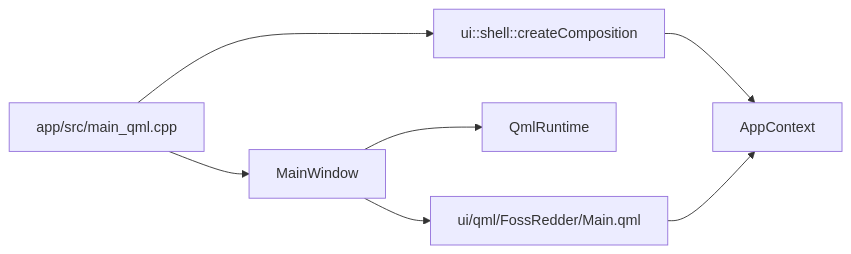
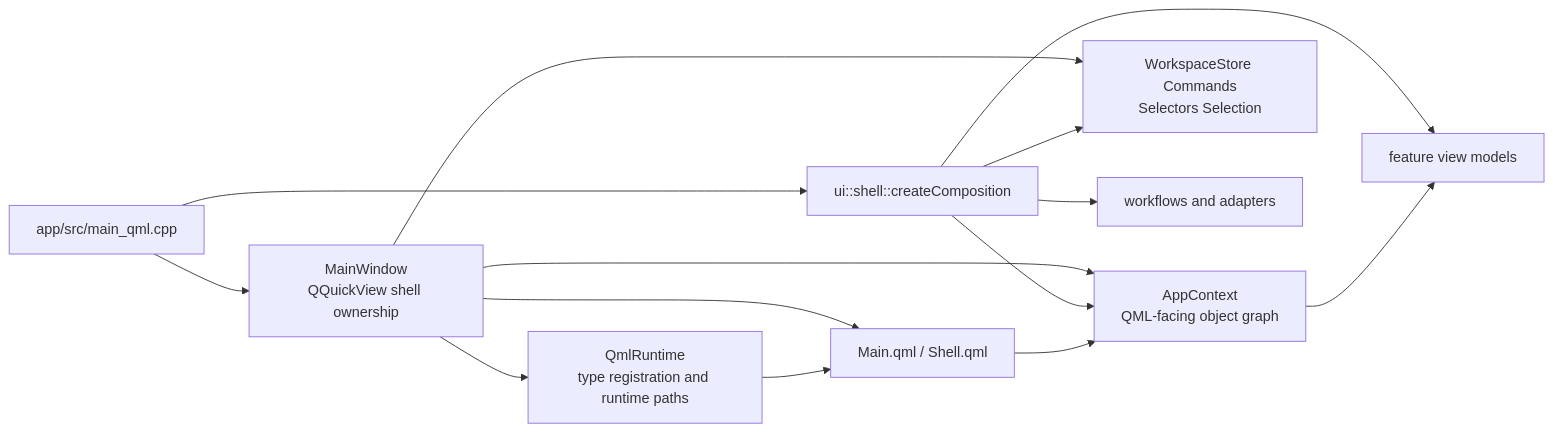
One commit to Wiiii90/FOSSredder changed diagram 14 of 19 in docs/DESIGN.md. Above: the diagram before and after it, drawn with Mermaid. The commit also changed other lines of this file and 6 other files, not shown here.

````diff
--- a/docs/DESIGN.md
+++ b/docs/DESIGN.md
@@ -1338,16 +1035,26 @@
 ```mermaid
 flowchart LR
-    App["app/src/main_qml.cpp"]
-    MainWindow["MainWindow"]
-    Composition["ui::shell::createComposition"]
-    AppContext["AppContext"]
-    QmlRuntime["QmlRuntime"]
-    QML["ui/qml/FossRedder/Main.qml"]
+  App["app/src/main_qml.cpp"]
+  MainWindow["MainWindow<br/>QQuickView shell ownership"]
+  QmlRuntime["QmlRuntime<br/>type registration and runtime paths"]
+  Composition["ui::shell::createComposition"]
+  AppContext["AppContext<br/>QML-facing object graph"]
+  WorkspaceRoles["WorkspaceStore Commands<br/>Selectors Selection"]
+  ViewModels["feature view models"]
+  Workflows["workflows and adapters"]
+  QML["Main.qml / Shell.qml"]
 
-    App --> MainWindow
-    App --> Composition
-    Composition --> AppContext
-    MainWindow --> QmlRuntime
-    MainWindow --> QML
-    QML --> AppContext
+  App --> MainWindow
+  App --> Composition
+  MainWindow --> QmlRuntime
+  MainWindow --> AppContext
+  MainWindow --> WorkspaceRoles
+  MainWindow --> QML
+  Composition --> WorkspaceRoles
+  Composition --> ViewModels
+  Composition --> Workflows
+  Composition --> AppContext
+  QmlRuntime --> QML
+  QML --> AppContext
+  AppContext --> ViewModels
 ```
````
